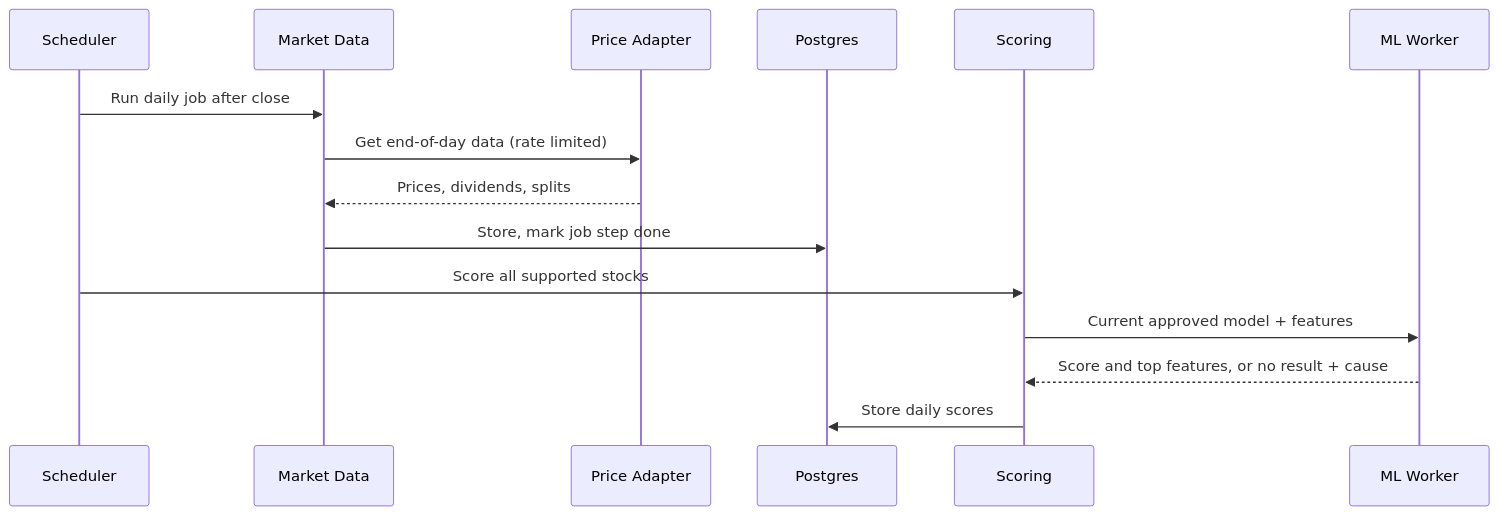
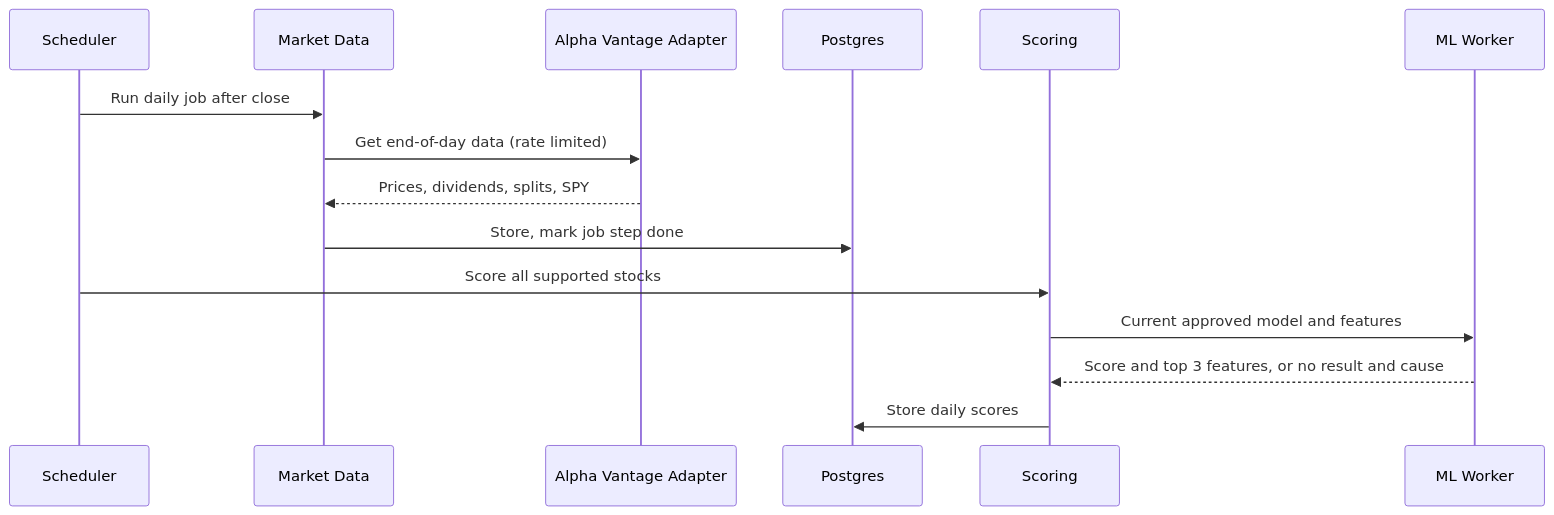
The second of 5 diagrams in ARCHITECTURE.md (jmanico/oracle-buffet), drawn with Mermaid before and after one commit. The commit also changed other lines of this file and 1 other file, not shown here.

Commit message:
Resolve architecture open questions

````diff
--- a/ARCHITECTURE.md
+++ b/ARCHITECTURE.md
@@ -134,17 +130,17 @@
 ```mermaid
 sequenceDiagram
   participant S as Scheduler
   participant M as Market Data
-  participant P as Price Adapter
+  participant P as Alpha Vantage Adapter
   participant D as Postgres
   participant C as Scoring
   participant W as ML Worker
   S->>M: Run daily job after close
   M->>P: Get end-of-day data (rate limited)
-  P-->>M: Prices, dividends, splits
+  P-->>M: Prices, dividends, splits, SPY
   M->>D: Store, mark job step done
   S->>C: Score all supported stocks
-  C->>W: Current approved model + features
-  W-->>C: Score and top features, or no result + cause
+  C->>W: Current approved model and features
+  W-->>C: Score and top 3 features, or no result and cause
   C->>D: Store daily scores
 ```
````
